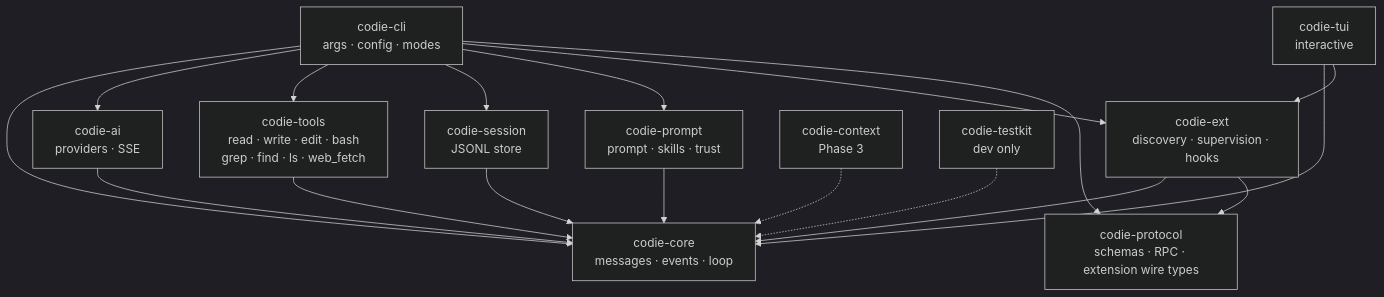
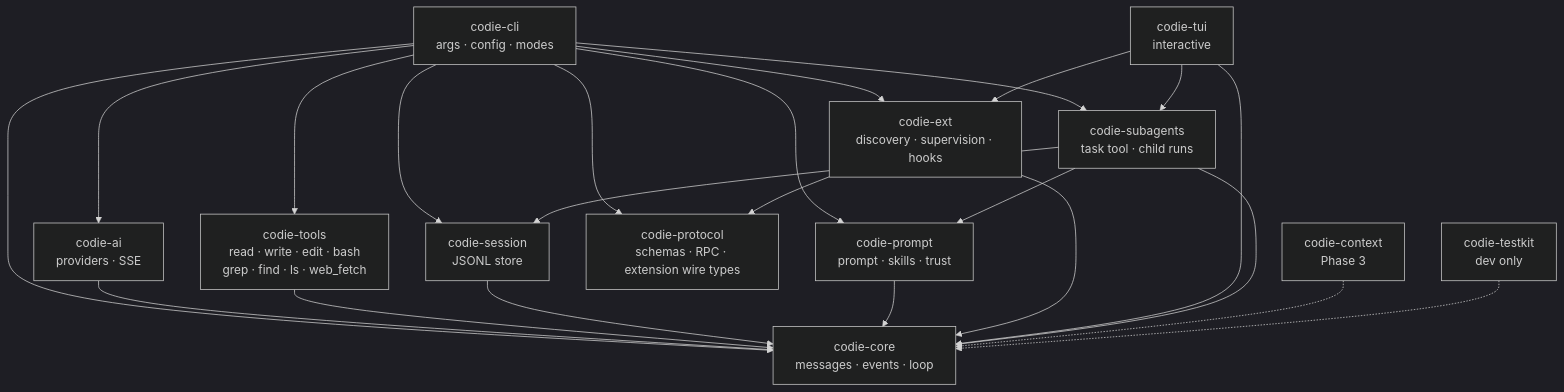
Before and after one commit to amardeepio/codie: the diagram in docs/src/architecture.md, drawn with Mermaid (dark theme). The commit also changed other lines of this file and 92 other files, not shown here.

````diff
--- a/docs/src/architecture.md
+++ b/docs/src/architecture.md
@@ -11,36 +11,42 @@
 ```mermaid
 flowchart TD
     CLI["codie-cli<br/>args · config · modes"]
 
     CORE["codie-core<br/>messages · events · loop"]
     AI["codie-ai<br/>providers · SSE"]
     TOOLS["codie-tools<br/>read · write · edit · bash<br/>grep · find · ls · web_fetch"]
     SESSION["codie-session<br/>JSONL store"]
     PROMPT["codie-prompt<br/>prompt · skills · trust"]
 
     TUI["codie-tui<br/>interactive"]
     PROTO["codie-protocol<br/>schemas · RPC · extension wire types"]
     EXT["codie-ext<br/>discovery · supervision · hooks"]
+    SUB["codie-subagents<br/>task tool · child runs"]
     CONTEXT["codie-context<br/>Phase 3"]
 
     CLI --> CORE
     CLI --> AI
     CLI --> TOOLS
     CLI --> SESSION
     CLI --> PROMPT
     CLI --> EXT
     CLI --> PROTO
+    CLI --> SUB
+    TUI --> SUB
 
     AI --> CORE
     TOOLS --> CORE
     SESSION --> CORE
     PROMPT --> CORE
     EXT --> CORE
     EXT --> PROTO
 
     TUI --> CORE
     TUI --> EXT
+    SUB --> CORE
+    SUB --> SESSION
+    SUB --> PROMPT
     CONTEXT -.-> CORE
 
     TESTKIT["codie-testkit<br/>dev only"] -.-> CORE
 ```
````
